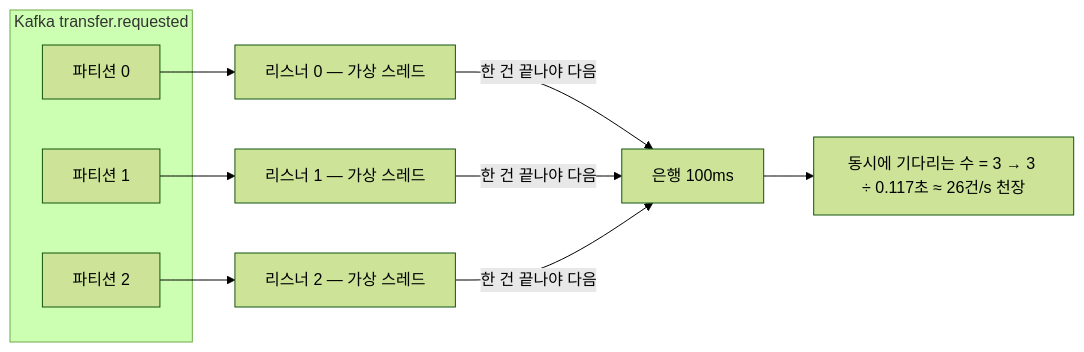
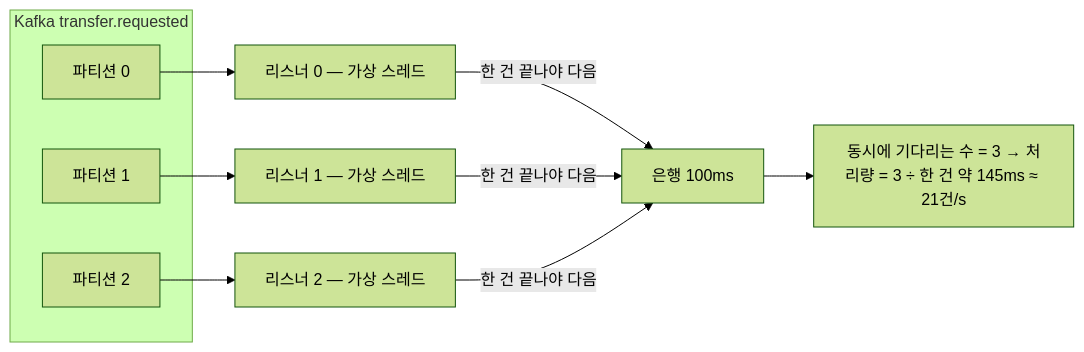
One commit to hyeokjinON/bank-transfer changed the third of 9 diagrams in docs/perf/p7-virtual-threads.md. Above: the diagram before and after it, drawn with Mermaid (forest theme). The commit also changed other lines of this file and 10 other files, not shown here.

````diff
--- a/docs/perf/p7-virtual-threads.md
+++ b/docs/perf/p7-virtual-threads.md
@@ -53,15 +53,15 @@
 ```mermaid
 flowchart LR
   subgraph K[Kafka transfer.requested]
     P0[파티션 0]
     P1[파티션 1]
     P2[파티션 2]
   end
   P0 --> L0[리스너 0 — 가상 스레드]
   P1 --> L1[리스너 1 — 가상 스레드]
   P2 --> L2[리스너 2 — 가상 스레드]
   L0 -->|한 건 끝나야 다음| B[은행 100ms]
   L1 -->|한 건 끝나야 다음| B
   L2 -->|한 건 끝나야 다음| B
-  B --> R[동시에 기다리는 수 = 3 → 3 ÷ 0.117초 ≈ 26건/s 천장]
+  B --> R[동시에 기다리는 수 = 3 → 처리량 = 3 ÷ 한 건 약 145ms ≈ 21건/s]
 ```
````
